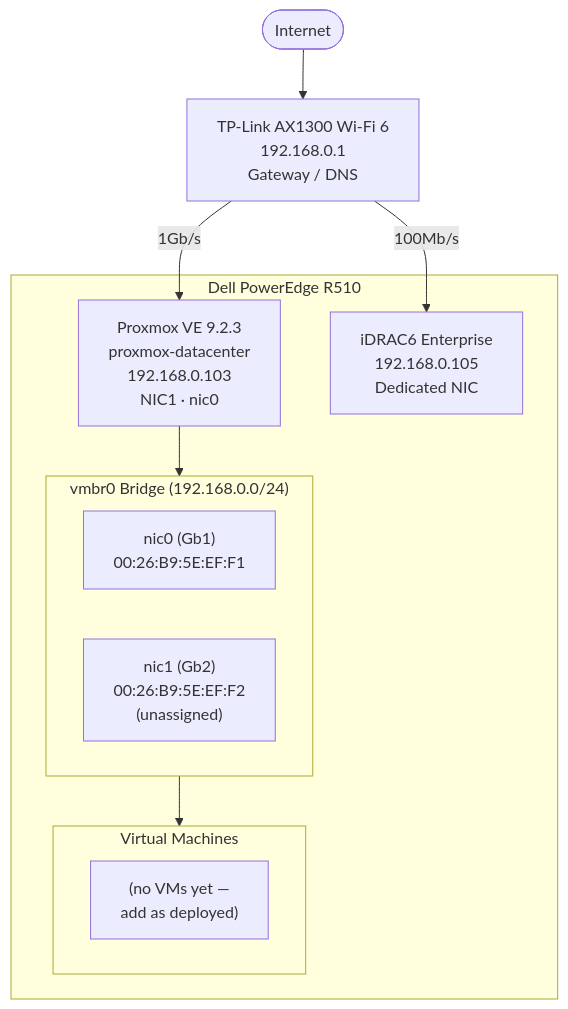
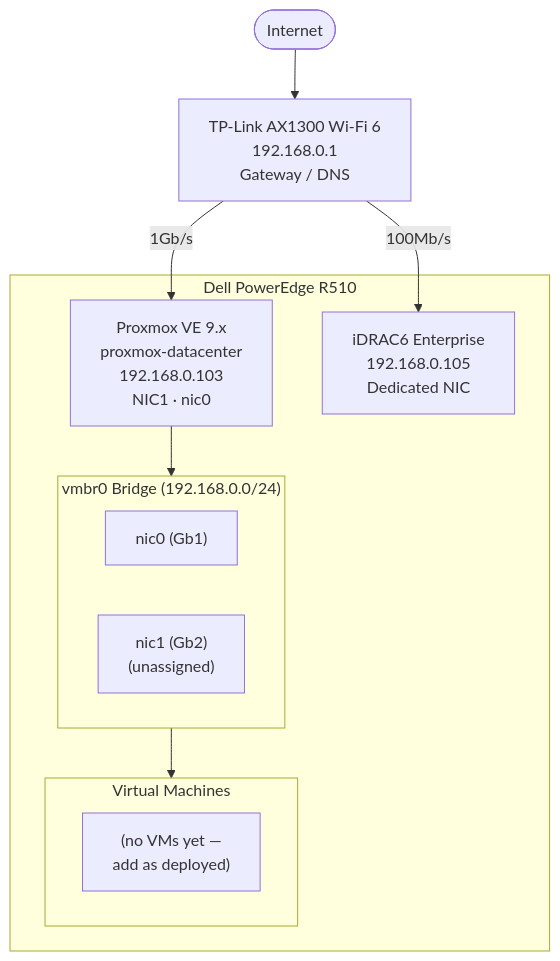
Before and after one commit to EAHowes/proxmox-data-center: the first of 3 diagrams in docs/network/topology.md, drawn with Mermaid. The commit also changed other lines of this file and 1 other file, not shown here.

````diff
--- a/docs/network/topology.md
+++ b/docs/network/topology.md
@@ -11,37 +13,35 @@
 ```mermaid
 graph TD
     internet([Internet])
     router["TP-Link AX1300 Wi-Fi 6
     192.168.0.1
     Gateway / DNS"]
 
     subgraph r510["Dell PowerEdge R510"]
-        proxmox["Proxmox VE 9.2.3
+        proxmox["Proxmox VE 9.x
         proxmox-datacenter
         192.168.0.103
         NIC1 · nic0"]
 
         idrac["iDRAC6 Enterprise
         192.168.0.105
         Dedicated NIC"]
 
         subgraph bridge["vmbr0 Bridge (192.168.0.0/24)"]
-            nic1["nic0 (Gb1)
-            00:26:B9:5E:EF:F1"]
+            nic1["nic0 (Gb1)"]
             nic2["nic1 (Gb2)
-            00:26:B9:5E:EF:F2
             (unassigned)"]
         end
 
         subgraph vms["Virtual Machines"]
             vm_placeholder["(no VMs yet —
             add as deployed)"]
         end
     end
 
     internet --> router
     router -->|"1Gb/s"| proxmox
     router -->|"100Mb/s"| idrac
     proxmox --> bridge
     bridge --> vms
 ```
````
